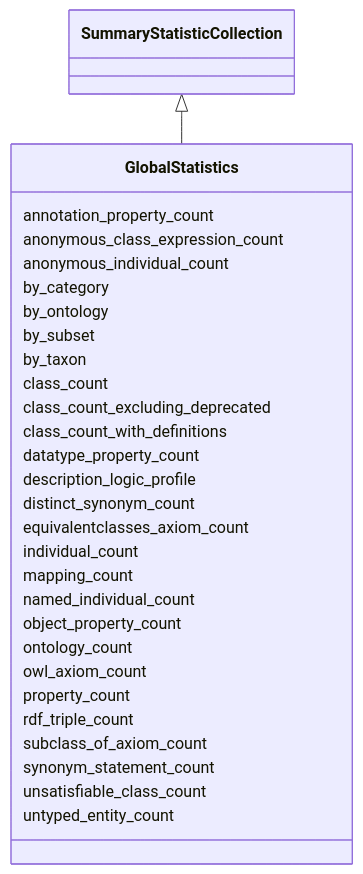
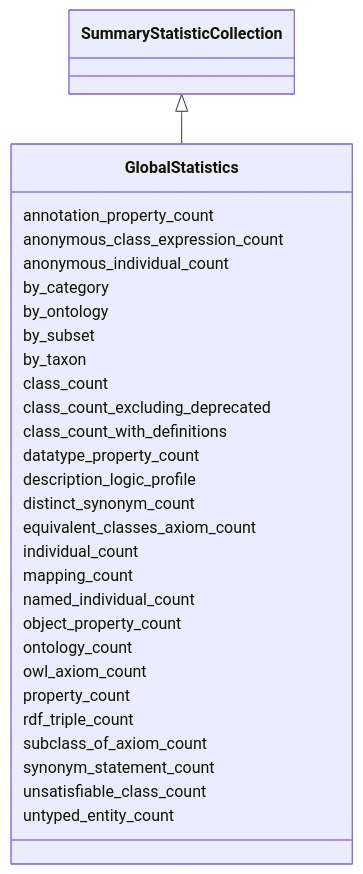
One commit to INCATools/ontology-access-kit changed the diagram in summary-statistics/GlobalStatistics.md. Above: the diagram before and after it, drawn with Mermaid. The commit also changed other lines of this file and 150 other files, not shown here.

````diff
--- a/summary-statistics/GlobalStatistics.md
+++ b/summary-statistics/GlobalStatistics.md
@@ -13,33 +13,33 @@
 ```{mermaid}
  classDiagram
       SummaryStatisticCollection <|-- GlobalStatistics
       
       GlobalStatistics : annotation_property_count
       GlobalStatistics : anonymous_class_expression_count
       GlobalStatistics : anonymous_individual_count
       GlobalStatistics : by_category
       GlobalStatistics : by_ontology
       GlobalStatistics : by_subset
       GlobalStatistics : by_taxon
       GlobalStatistics : class_count
       GlobalStatistics : class_count_excluding_deprecated
       GlobalStatistics : class_count_with_definitions
       GlobalStatistics : datatype_property_count
       GlobalStatistics : description_logic_profile
       GlobalStatistics : distinct_synonym_count
-      GlobalStatistics : equivalentclasses_axiom_count
+      GlobalStatistics : equivalent_classes_axiom_count
       GlobalStatistics : individual_count
       GlobalStatistics : mapping_count
       GlobalStatistics : named_individual_count
       GlobalStatistics : object_property_count
       GlobalStatistics : ontology_count
       GlobalStatistics : owl_axiom_count
       GlobalStatistics : property_count
       GlobalStatistics : rdf_triple_count
       GlobalStatistics : subclass_of_axiom_count
       GlobalStatistics : synonym_statement_count
       GlobalStatistics : unsatisfiable_class_count
       GlobalStatistics : untyped_entity_count
       
 
 ```
````
